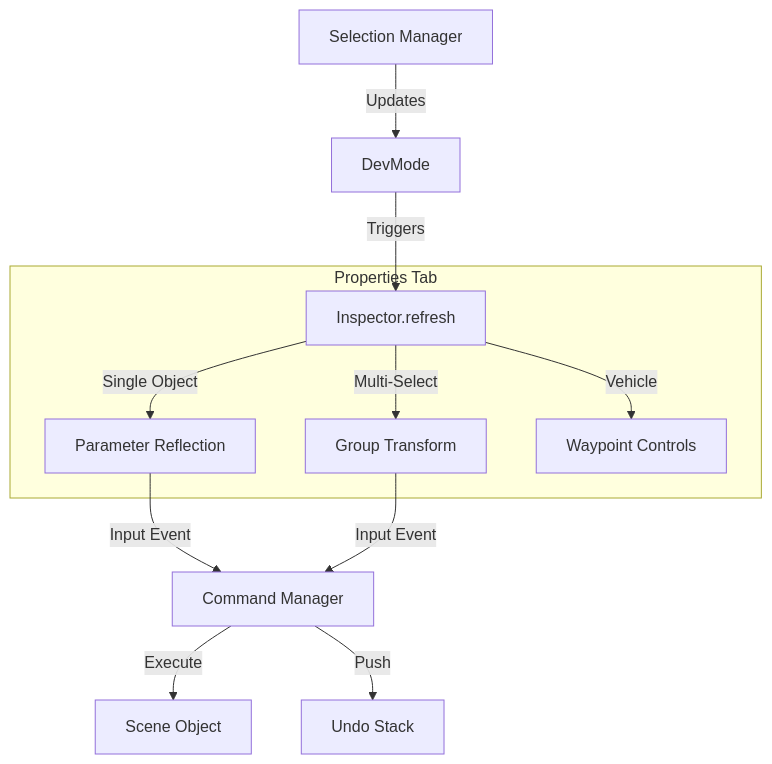
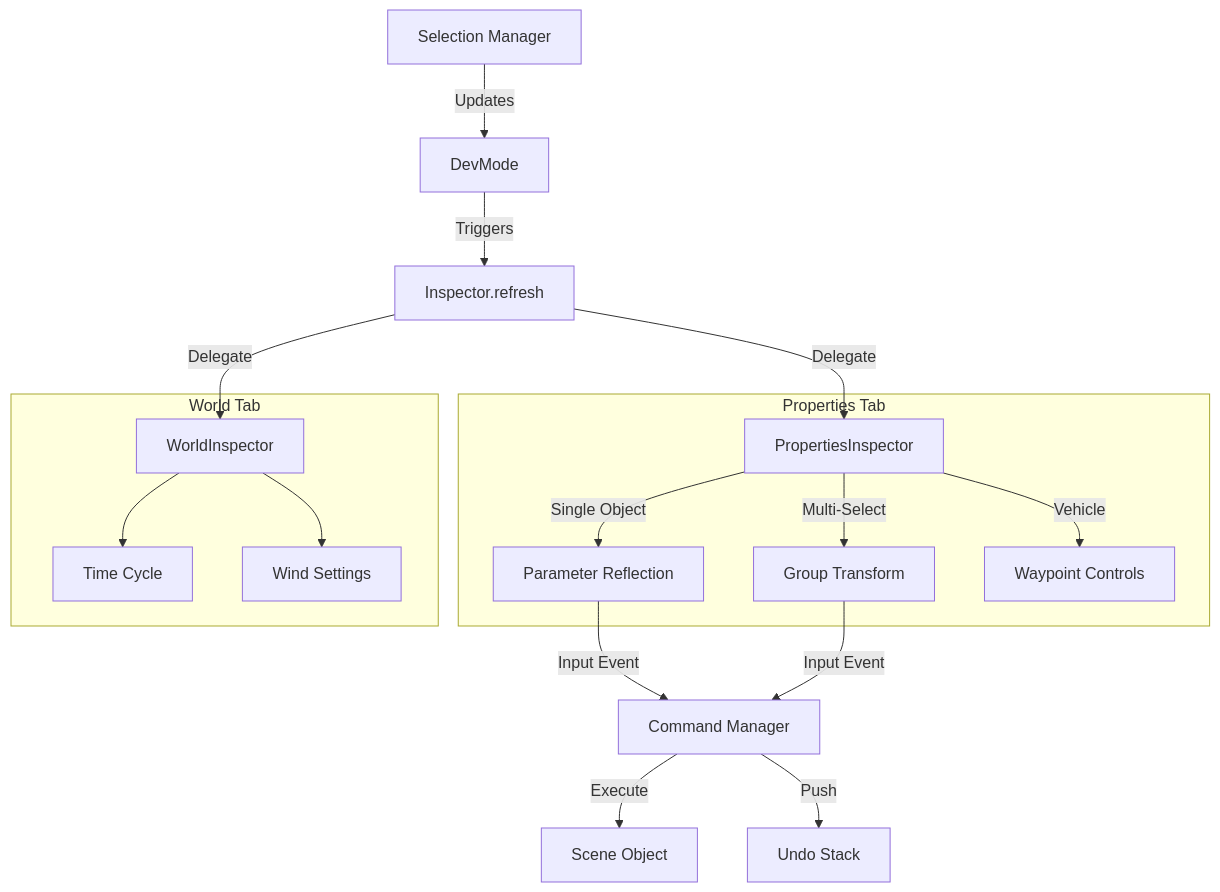
The diagram in docs/architecture/dev_ui_inspector.md (DanteMarone/Drone-City-Flight), drawn with Mermaid before and after one commit. The commit also changed other lines of this file and 6 other files, not shown here.

````diff
--- a/docs/architecture/dev_ui_inspector.md
+++ b/docs/architecture/dev_ui_inspector.md
@@ -12,17 +14,24 @@
 ```mermaid
 graph TD
     Select[Selection Manager] -->|Updates| DevMode
     DevMode -->|Triggers| Inspector[Inspector.refresh]
+    Inspector -->|Delegate| PropInsp[PropertiesInspector]
+    Inspector -->|Delegate| WorldInsp[WorldInspector]
 
     subgraph Properties Tab
-        Inspector -->|Single Object| Params[Parameter Reflection]
-        Inspector -->|Multi-Select| Proxy[Group Transform]
-        Inspector -->|Vehicle| Waypoints[Waypoint Controls]
+        PropInsp -->|Single Object| Params[Parameter Reflection]
+        PropInsp -->|Multi-Select| Proxy[Group Transform]
+        PropInsp -->|Vehicle| Waypoints[Waypoint Controls]
+    end
+
+    subgraph World Tab
+        WorldInsp --> Time[Time Cycle]
+        WorldInsp --> Wind[Wind Settings]
     end
 
     Params -->|Input Event| Cmd[Command Manager]
     Proxy -->|Input Event| Cmd
 
     Cmd -->|Execute| Object[Scene Object]
     Cmd -->|Push| History[Undo Stack]
 ```
````
